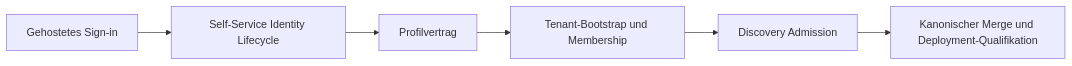
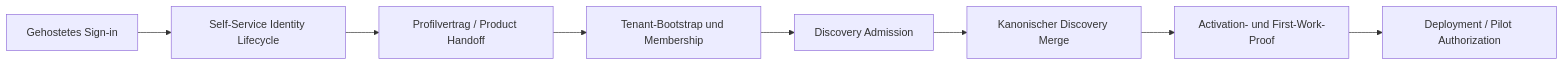
The third of 3 diagrams in docs/de/product/signup-to-discovery.md (baum777/unitera_public_docs), drawn with Mermaid before and after one commit. The commit also changed other lines of this file, not shown here.

Commit message:
docs: update German signup-to-discovery with current product implementation

````diff
--- a/docs/de/product/signup-to-discovery.md
+++ b/docs/de/product/signup-to-discovery.md
@@ -89,8 +167,10 @@
 ```mermaid
 flowchart LR
     A[Gehostetes Sign-in] --> B[Self-Service Identity Lifecycle]
-    B --> C[Profilvertrag]
+    B --> C[Profilvertrag / Product Handoff]
     C --> D[Tenant-Bootstrap und Membership]
     D --> E[Discovery Admission]
-    E --> F[Kanonischer Merge und Deployment-Qualifikation]
+    E --> F[Kanonischer Discovery Merge]
+    F --> G[Activation- und First-Work-Proof]
+    G --> H[Deployment / Pilot Authorization]
 ```
````
